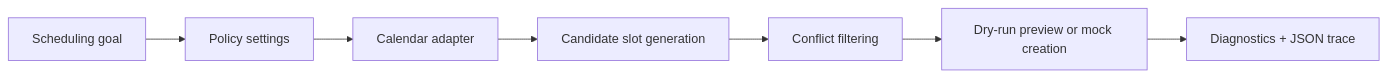
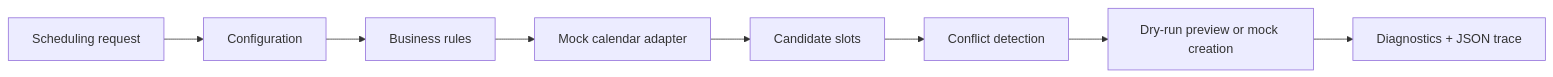
Before and after one commit to arni1596/agent-calendar-orchestration-poc: the diagram in README.md, drawn with Mermaid. The commit also changed other lines of this file and 13 other files, not shown here.

````diff
--- a/README.md
+++ b/README.md
@@ -99,9 +79,10 @@
 ```mermaid
 flowchart LR
-    A["Scheduling goal"] --> B["Policy settings"]
-    B --> C["Calendar adapter"]
-    C --> D["Candidate slot generation"]
-    D --> E["Conflict filtering"]
-    E --> F["Dry-run preview or mock creation"]
-    F --> G["Diagnostics + JSON trace"]
+    A["Scheduling request"] --> B["Configuration"]
+    B --> C["Business rules"]
+    C --> D["Mock calendar adapter"]
+    D --> E["Candidate slots"]
+    E --> F["Conflict detection"]
+    F --> G["Dry-run preview or mock creation"]
+    G --> H["Diagnostics + JSON trace"]
 ```
````
